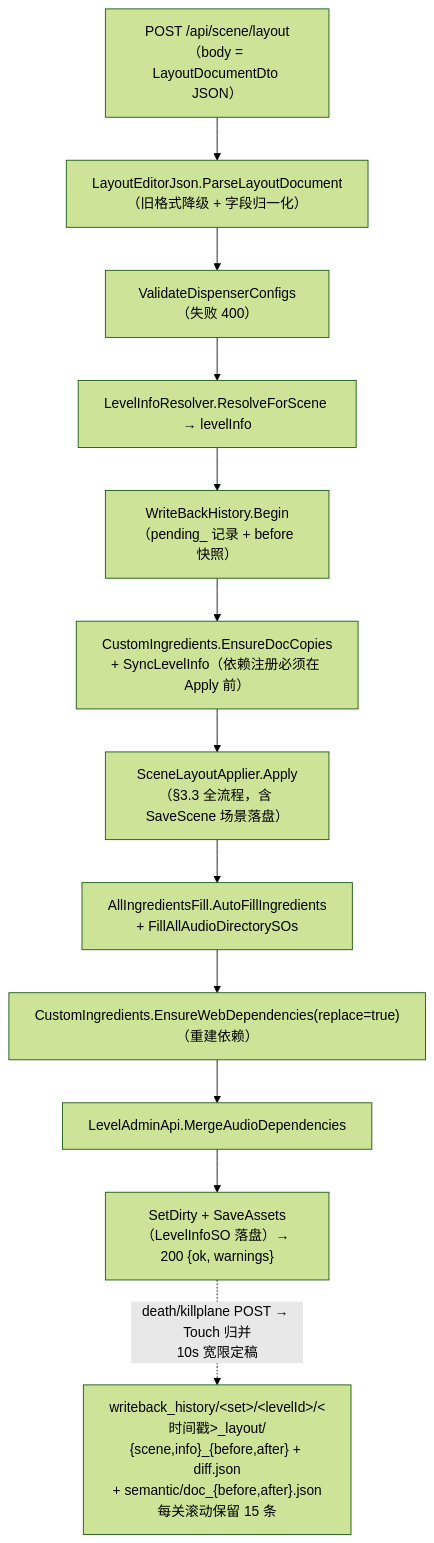
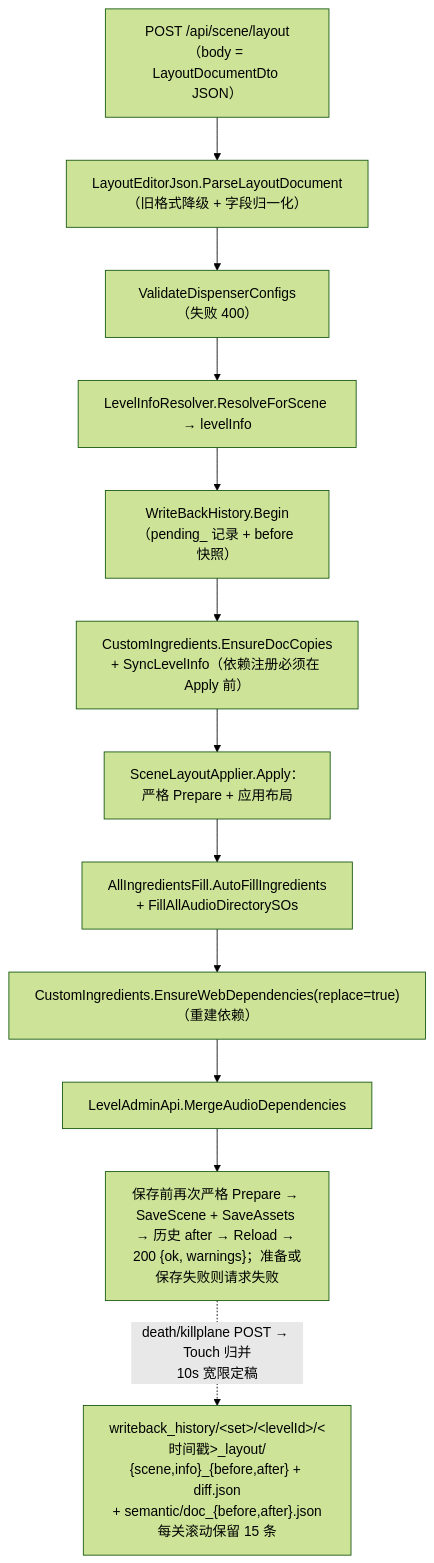
One commit to guojia99/Overcooked2-LevelEditor-WebTools changed the second of 3 diagrams in pkg/layout-editor/docs/02-后端-Assets-Editor-LayoutEditor.md. Above: the diagram before and after it, drawn with Mermaid (forest theme). The commit also changed other lines of this file and 133 other files, not shown here.

````diff
--- a/pkg/layout-editor/docs/02-后端-Assets-Editor-LayoutEditor.md
+++ b/pkg/layout-editor/docs/02-后端-Assets-Editor-LayoutEditor.md
@@ -375,14 +375,14 @@
 ```mermaid
 flowchart TD
     A["POST /api/scene/layout<br/>（body = LayoutDocumentDto JSON）"] --> B["LayoutEditorJson.ParseLayoutDocument<br/>（旧格式降级 + 字段归一化）"]
     B --> C["ValidateDispenserConfigs（失败 400）"]
     C --> D["LevelInfoResolver.ResolveForScene → levelInfo"]
     D --> E["WriteBackHistory.Begin（pending_ 记录 + before 快照）"]
     E --> F["CustomIngredients.EnsureDocCopies<br/>+ SyncLevelInfo（依赖注册必须在 Apply 前）"]
-    F --> G["SceneLayoutApplier.Apply（§3.3 全流程，含 SaveScene 场景落盘）"]
+    F --> G["SceneLayoutApplier.Apply：严格 Prepare + 应用布局"]
     G --> H["AllIngredientsFill.AutoFillIngredients<br/>+ FillAllAudioDirectorySOs"]
     H --> I["CustomIngredients.EnsureWebDependencies(replace=true)（重建依赖）"]
     I --> J["LevelAdminApi.MergeAudioDependencies"]
-    J --> K["SetDirty + SaveAssets（LevelInfoSO 落盘）→ 200 {ok, warnings}"]
+    J --> K["保存前再次严格 Prepare → SaveScene + SaveAssets → 历史 after → Reload → 200 {ok, warnings}；准备或保存失败则请求失败"]
     K -. "death/killplane POST → Touch 归并<br/>10s 宽限定稿" .-> L["writeback_history/&lt;set&gt;/&lt;levelId&gt;/&lt;时间戳&gt;_layout/<br/>{scene,info}_{before,after} + diff.json<br/>+ semantic/doc_{before,after}.json<br/>每关滚动保留 15 条"]
 ```
````
